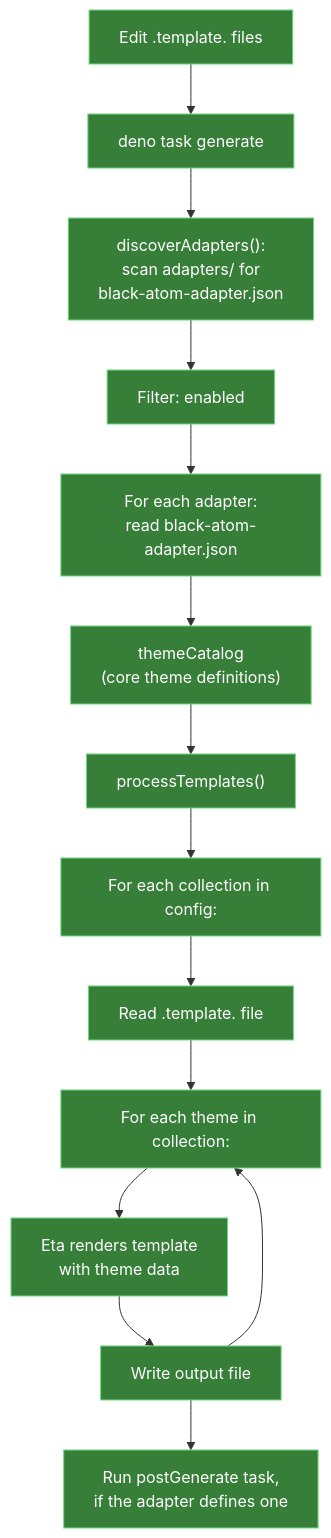
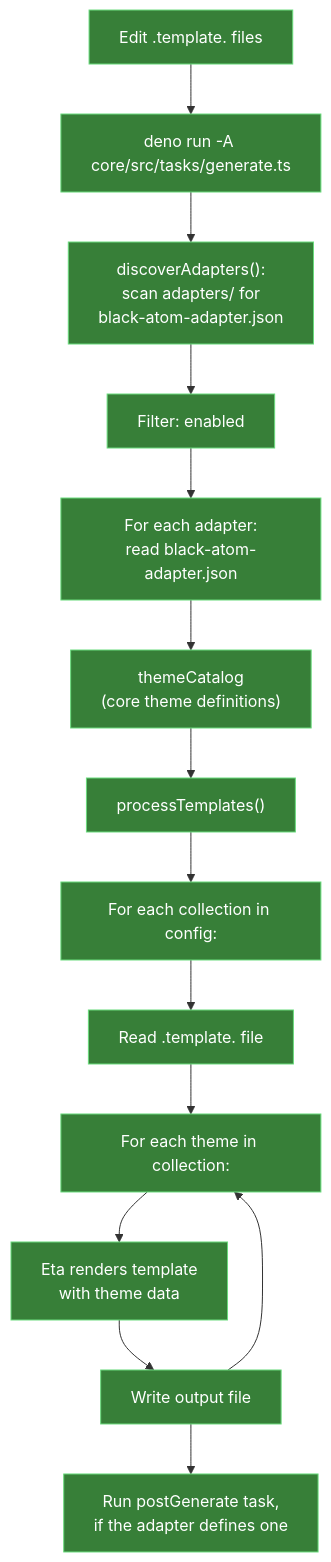
One commit to nikbrunner/black-atom changed the diagram in core/docs/adapter-generation-architecture.md. Above: the diagram before and after it, drawn with Mermaid. The commit also changed other lines of this file and 77 other files, not shown here.

````diff
--- a/core/docs/adapter-generation-architecture.md
+++ b/core/docs/adapter-generation-architecture.md
@@ -12,30 +12,30 @@
 ```mermaid
 flowchart TD
-    A["Edit .template. files"] --> B["deno task generate"]
+    A["Edit .template. files"] --> B["deno run -A core/src/tasks/generate.ts"]
     B --> C["discoverAdapters():<br/>scan adapters/ for<br/>black-atom-adapter.json"]
     C --> D["Filter: enabled"]
     D --> E["For each adapter:<br/>read black-atom-adapter.json"]
     E --> F["themeCatalog<br/>(core theme definitions)"]
     F --> G["processTemplates()"]
     G --> H["For each collection in config:"]
     H --> I["Read .template. file"]
     I --> J["For each theme in collection:"]
     J --> K["Eta renders template<br/>with theme data"]
     K --> L["Write output file"]
     L --> J
     L --> M["Run postGenerate task,<br/>if the adapter defines one"]
 
     style A fill:#377f38,stroke:#69db7c,color:#fff
     style B fill:#377f38,stroke:#69db7c,color:#fff
     style C fill:#377f38,stroke:#69db7c,color:#fff
     style D fill:#377f38,stroke:#69db7c,color:#fff
     style E fill:#377f38,stroke:#69db7c,color:#fff
     style F fill:#377f38,stroke:#69db7c,color:#fff
     style G fill:#377f38,stroke:#69db7c,color:#fff
     style H fill:#377f38,stroke:#69db7c,color:#fff
     style I fill:#377f38,stroke:#69db7c,color:#fff
     style J fill:#377f38,stroke:#69db7c,color:#fff
     style K fill:#377f38,stroke:#69db7c,color:#fff
     style L fill:#377f38,stroke:#69db7c,color:#fff
     style M fill:#377f38,stroke:#69db7c,color:#fff
 ```
````
